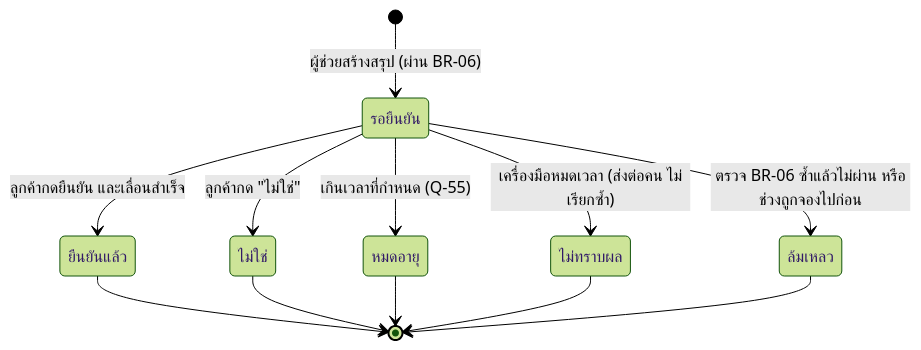
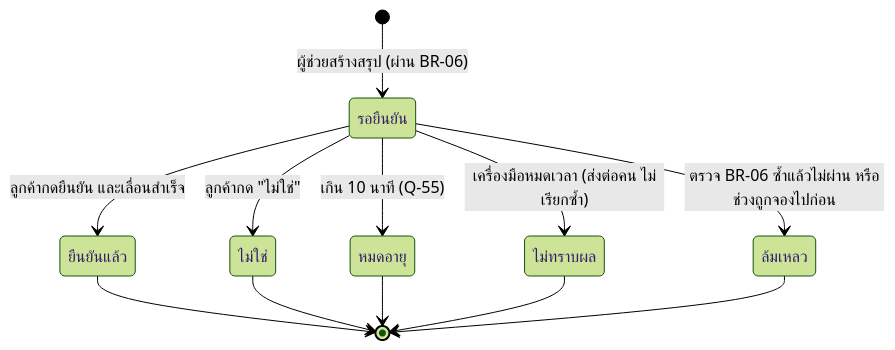
The fourth of 4 diagrams in specs/005-ai-assistant/models.md (ppsajja/baanprom-sdd-06-accept), drawn with Mermaid (forest theme) before and after one commit. The commit also changed other lines of this file and 73 other files, not shown here.

````diff
--- a/specs/005-ai-assistant/models.md
+++ b/specs/005-ai-assistant/models.md
@@ -85,14 +85,14 @@
 ```mermaid
 stateDiagram-v2
   [*] --> รอยืนยัน: ผู้ช่วยสร้างสรุป (ผ่าน BR-06)
   รอยืนยัน --> ยืนยันแล้ว: ลูกค้ากดยืนยัน และเลื่อนสำเร็จ
   รอยืนยัน --> ไม่ใช่: ลูกค้ากด "ไม่ใช่"
-  รอยืนยัน --> หมดอายุ: เกินเวลาที่กำหนด (Q-55)
+  รอยืนยัน --> หมดอายุ: เกิน 10 นาที (Q-55)
   รอยืนยัน --> ไม่ทราบผล: เครื่องมือหมดเวลา (ส่งต่อคน ไม่เรียกซ้ำ)
   รอยืนยัน --> ล้มเหลว: ตรวจ BR-06 ซ้ำแล้วไม่ผ่าน หรือช่วงถูกจองไปก่อน
   ยืนยันแล้ว --> [*]
   ไม่ใช่ --> [*]
   หมดอายุ --> [*]
   ไม่ทราบผล --> [*]
   ล้มเหลว --> [*]
 ```
````
